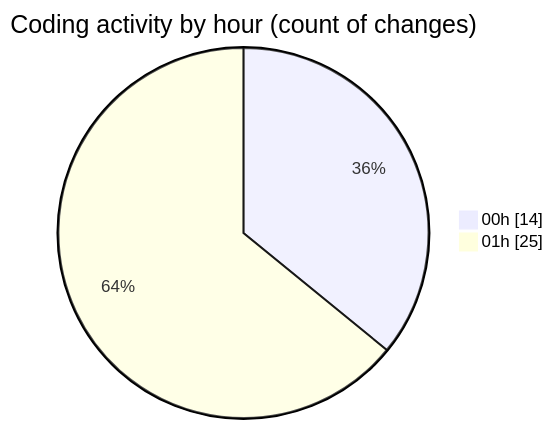
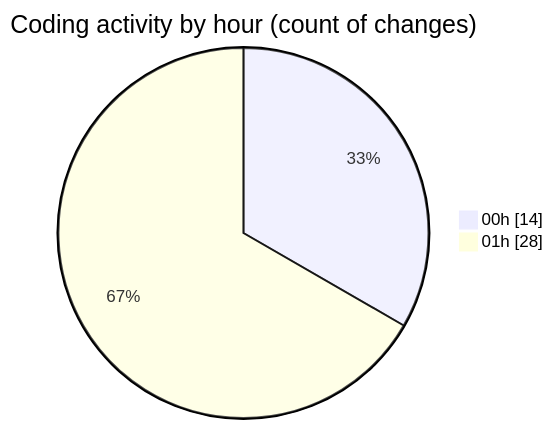
One commit to momahboobian/code-tracking changed the second of 2 diagrams in 2025-01-11/good-pr/README.md. Above: the diagram before and after it, drawn with Mermaid. The commit also changed other lines of this file and 1 other file, not shown here.

````diff
--- a/2025-01-11/good-pr/README.md
+++ b/2025-01-11/good-pr/README.md
@@ -47,6 +47,6 @@
 ```mermaid
 pie showData
 title Coding activity by hour (count of changes)
 "00h" : 14
-"01h" : 25
+"01h" : 28
 ```
````
